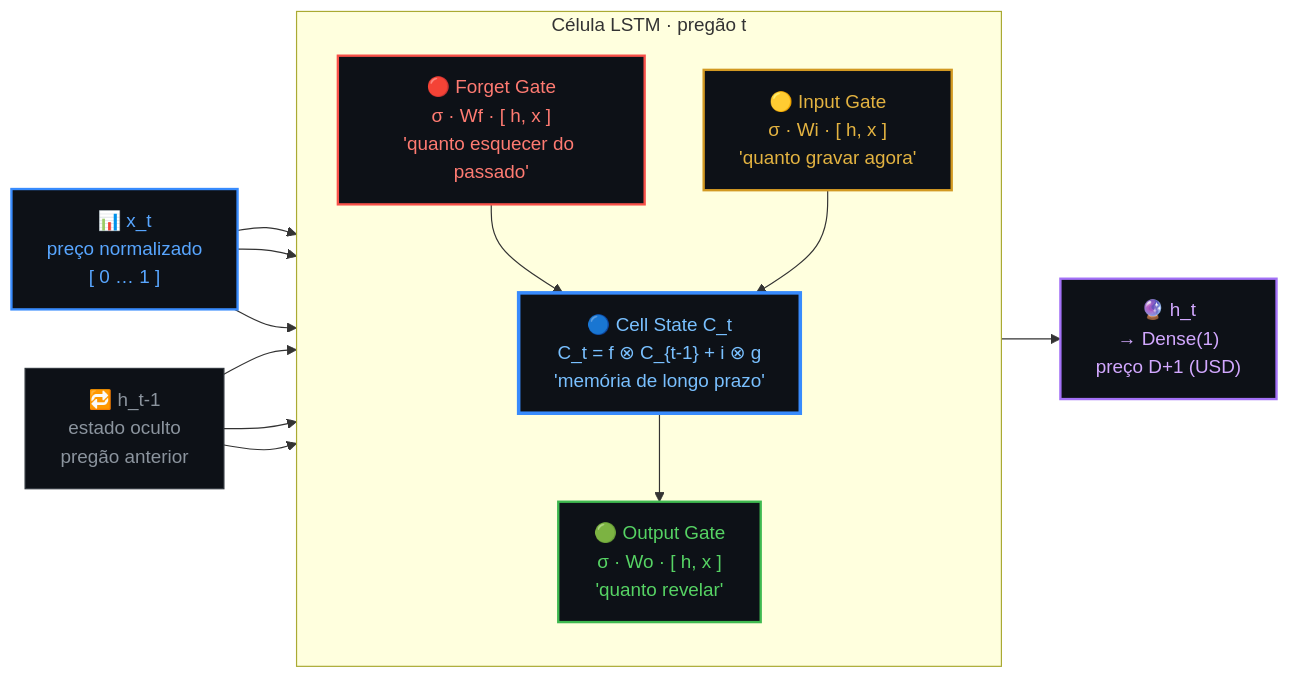
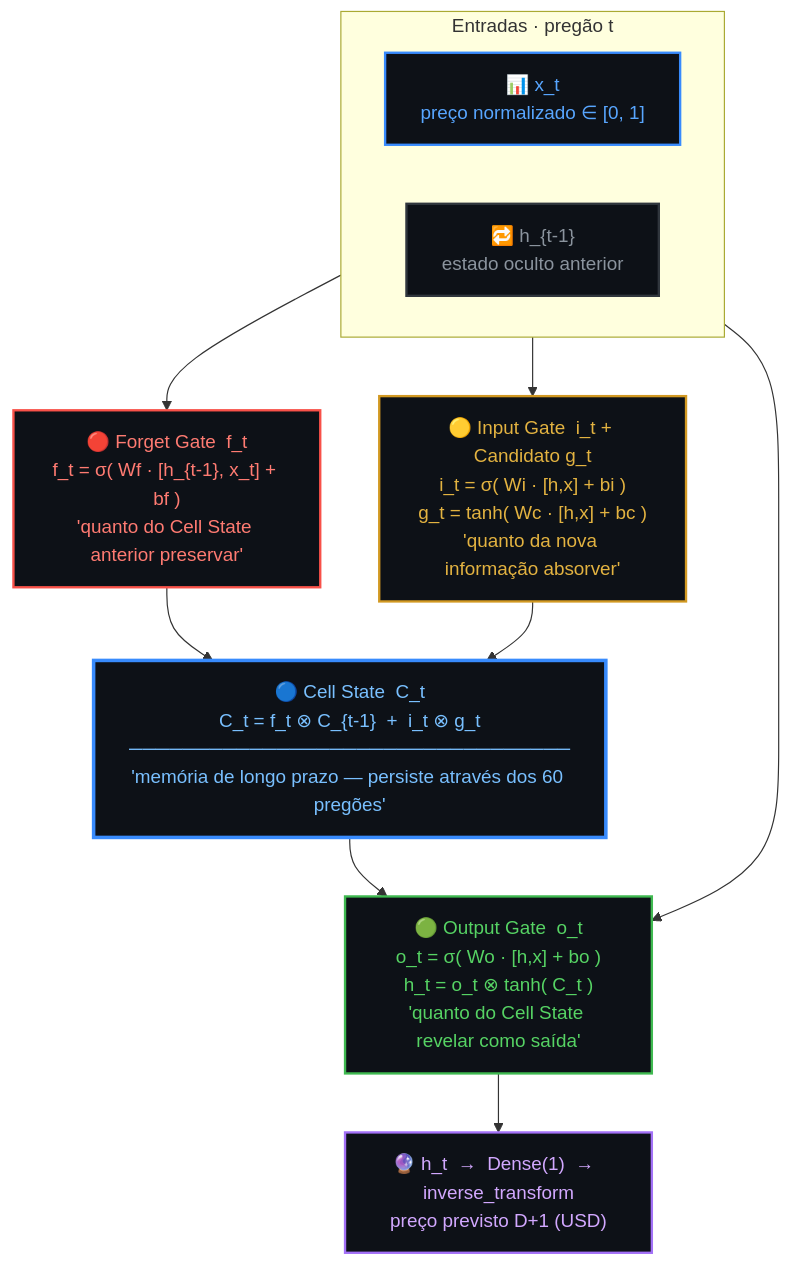
Before and after one commit to dionebraga/Pos_Tech_MLET-Fase-4: the fifth of 6 diagrams in README.md, drawn with Mermaid. The commit also changed other lines of this file, not shown here.

First line of the commit message:
README: improve all remaining diagrams visually

````diff
--- a/README.md
+++ b/README.md
@@ -732,28 +737,31 @@
 ```mermaid
-flowchart LR
-    X["📊 x_t\npreço normalizado\n[ 0 … 1 ]"]
-    H["🔁 h_t-1\nestado oculto\npregão anterior"]
-
-    subgraph CELL["  Célula LSTM · pregão t  "]
-        direction TB
-        FG["🔴 Forget Gate\nσ · Wf · [ h, x ]\n'quanto esquecer do passado'"]
-        IG["🟡 Input Gate\nσ · Wi · [ h, x ]\n'quanto gravar agora'"]
-        CS["🔵 Cell State  C_t\nC_t = f ⊗ C_{t-1}  +  i ⊗ g\n'memória de longo prazo'"]
-        OG["🟢 Output Gate\nσ · Wo · [ h, x ]\n'quanto revelar'"]
+flowchart TD
+    subgraph IN["  Entradas · pregão t  "]
+        direction LR
+        X["📊 x_t\npreço normalizado ∈ [0, 1]"]
+        H["🔁 h_{t-1}\nestado oculto anterior"]
     end
 
-    OUT["🔮 h_t\n→ Dense(1)\npreço D+1 (USD)"]
+    FG["🔴 Forget Gate  f_t\nf_t = σ( Wf · [h_{t-1}, x_t] + bf )\n'quanto do Cell State anterior preservar'"]
 
-    X & H --> FG --> CS
-    X & H --> IG --> CS
-    X & H --> OG
+    IG["🟡 Input Gate  i_t + Candidato g_t\ni_t = σ( Wi · [h,x] + bi )\ng_t = tanh( Wc · [h,x] + bc )\n'quanto da nova informação absorver'"]
+
+    CS["🔵 Cell State  C_t\nC_t = f_t ⊗ C_{t-1}  +  i_t ⊗ g_t\n─────────────────────────────────\n'memória de longo prazo — persiste através dos 60 pregões'"]
+
+    OG["🟢 Output Gate  o_t\no_t = σ( Wo · [h,x] + bo )\nh_t = o_t ⊗ tanh( C_t )\n'quanto do Cell State revelar como saída'"]
+
+    OUT["🔮 h_t  →  Dense(1)  →  inverse_transform\npreço previsto D+1 (USD)"]
+
+    IN --> FG --> CS
+    IN --> IG --> CS
+    IN --> OG
     CS --> OG --> OUT
 
     style X   fill:#0d1117,color:#58a6ff,stroke:#388bfd,stroke-width:2px
-    style H   fill:#0d1117,color:#8b949e,stroke:#30363d
+    style H   fill:#0d1117,color:#8b949e,stroke:#30363d,stroke-width:2px
     style FG  fill:#0d1117,color:#ff7b72,stroke:#f85149,stroke-width:2px
     style IG  fill:#0d1117,color:#e3b341,stroke:#d29922,stroke-width:2px
     style CS  fill:#0d1117,color:#79c0ff,stroke:#388bfd,stroke-width:3px
     style OG  fill:#0d1117,color:#56d364,stroke:#3fb950,stroke-width:2px
     style OUT fill:#0d1117,color:#d2a8ff,stroke:#a371f7,stroke-width:2px
 ```
````
